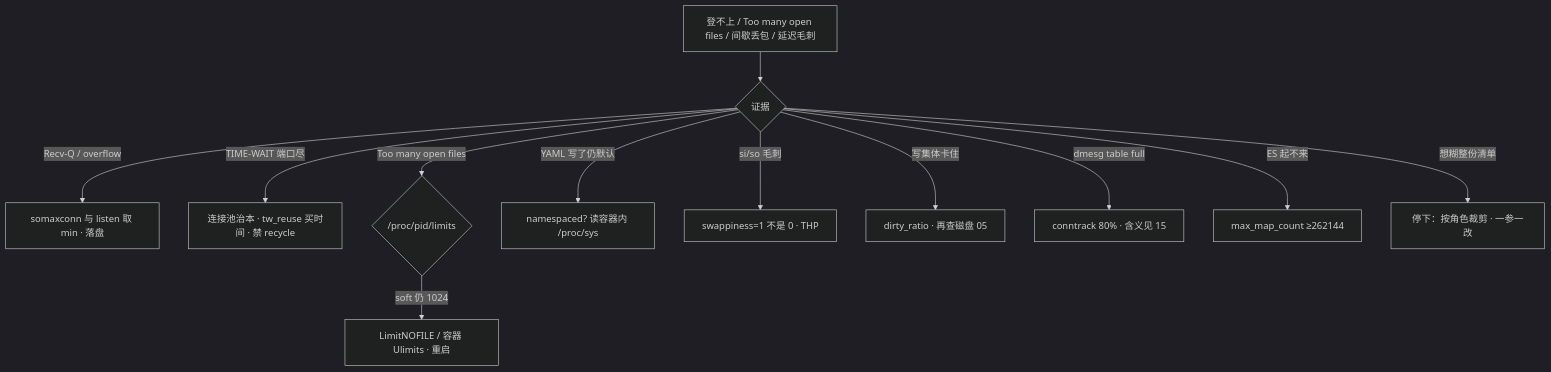
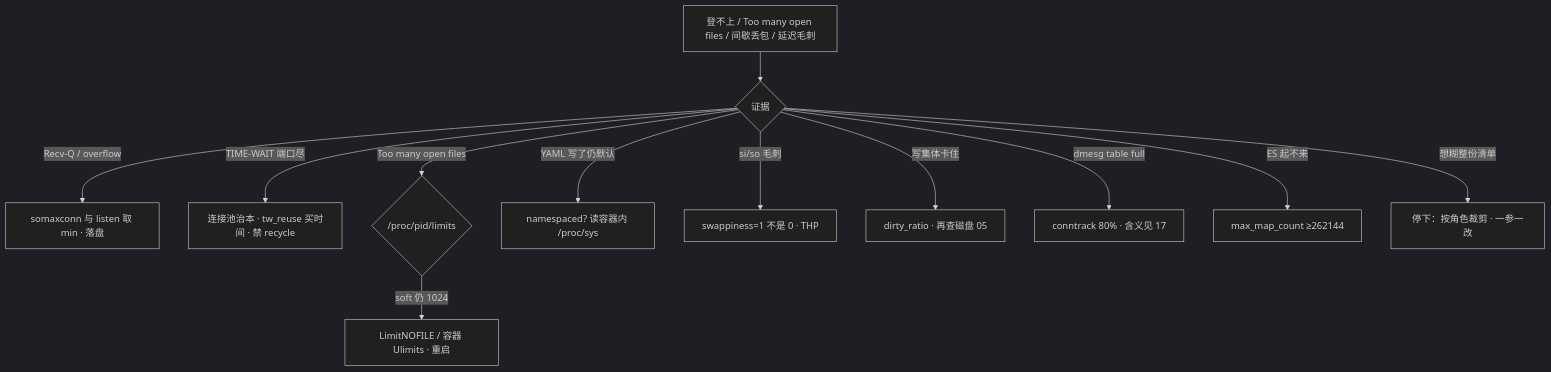
The fifth of 5 diagrams in 01-基础底座/24-内核参数与sysctl/知识点.md (ml-cuizijun/LearnToLilith), drawn with Mermaid (dark theme) before and after one commit. The commit also changed other lines of this file and 56 other files, not shown here.

````diff
--- a/01-基础底座/24-内核参数与sysctl/知识点.md
+++ b/01-基础底座/24-内核参数与sysctl/知识点.md
@@ -874,14 +874,14 @@
 ```mermaid
 flowchart TB
     A["登不上 / Too many open files / 间歇丢包 / 延迟毛刺"] --> B{证据}
     B -->|Recv-Q / overflow| C["somaxconn 与 listen 取 min · 落盘"]
     B -->|TIME-WAIT 端口尽| D["连接池治本 · tw_reuse 买时间 · 禁 recycle"]
     B -->|Too many open files| E{"/proc/pid/limits"}
     E -->|soft 仍 1024| F["LimitNOFILE / 容器 Ulimits · 重启"]
     B -->|YAML 写了仍默认| G["namespaced? 读容器内 /proc/sys"]
     B -->|si/so 毛刺| H["swappiness=1 不是 0 · THP"]
     B -->|写集体卡住| I["dirty_ratio · 再查磁盘 05"]
-    B -->|dmesg table full| J["conntrack 80% · 含义见 15"]
+    B -->|dmesg table full| J["conntrack 80% · 含义见 17"]
     B -->|ES 起不来| K["max_map_count ≥262144"]
     B -->|想糊整份清单| L["停下：按角色裁剪 · 一参一改"]
 ```
````
